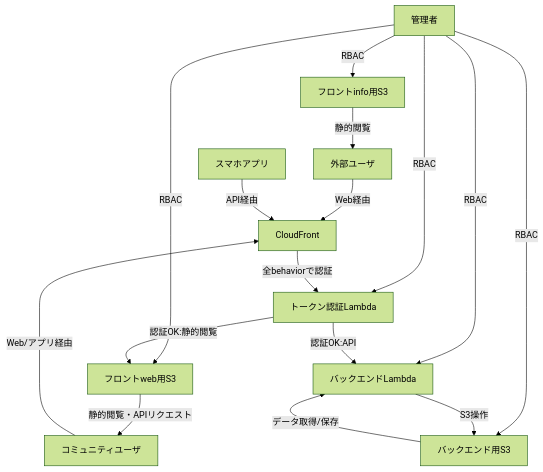
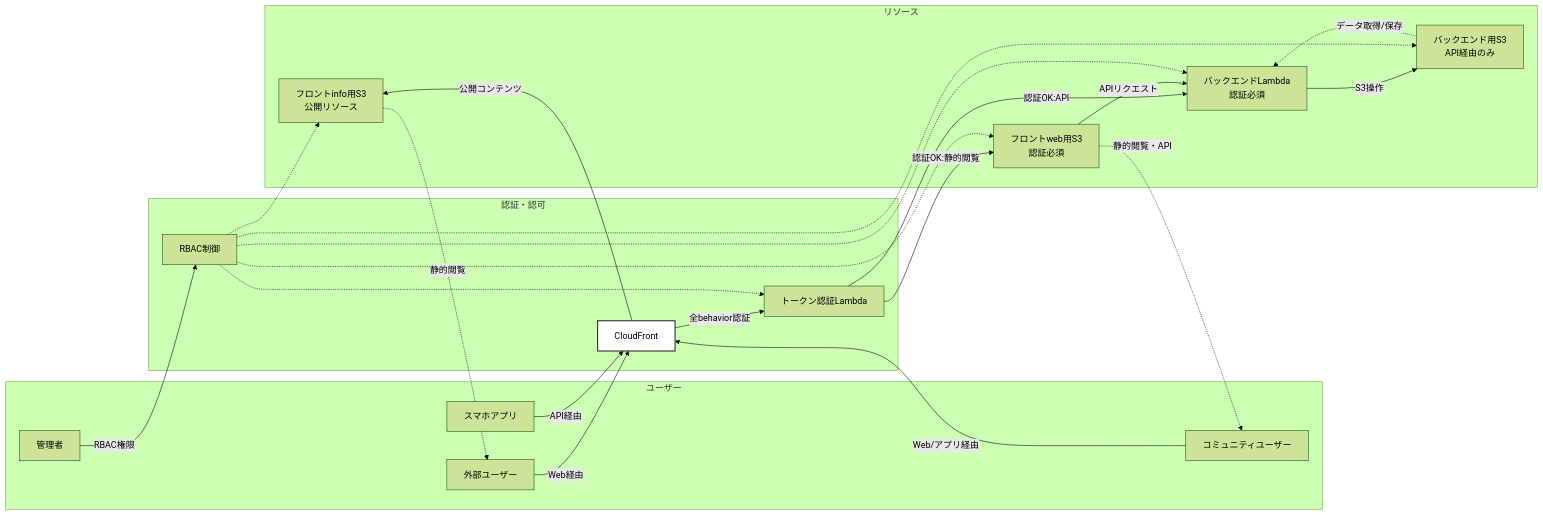
One commit to deidra-JP-windows/ris-infra-core changed the diagram in documents/systems/アクセスコントロール図.md. Above: the diagram before and after it, drawn with Mermaid (forest theme). The commit also changed other lines of this file and 4 other files, not shown here.

````diff
--- a/documents/systems/アクセスコントロール図.md
+++ b/documents/systems/アクセスコントロール図.md
@@ -1,18 +1,47 @@
 ```mermaid
-flowchart TD
-  Admin[管理者] -->|RBAC| S3_Info[フロントinfo用S3]
-  Admin -->|RBAC| S3_Front[フロントweb用S3]
-  Admin -->|RBAC| S3_Backend[バックエンド用S3]
-  Admin -->|RBAC| Lambda[バックエンドLambda]
-  Admin -->|RBAC| AuthLambda[トークン認証Lambda]
-  Member[コミュニティユーザ] -->|Web/アプリ経由| CloudFront
-  User[外部ユーザ] -->|Web経由| CloudFront
-  App[スマホアプリ] -->|API経由| CloudFront
-  CloudFront -->|全behaviorで認証| AuthLambda
+flowchart LR
+  subgraph users["ユーザー"]
+    Admin[管理者]
+    Member[コミュニティユーザー]
+    User[外部ユーザー]
+    App[スマホアプリ]
+  end
+  
+  subgraph auth["認証・認可"]
+    CloudFront[CloudFront]:::edge
+    AuthLambda[トークン認証Lambda]
+    RBAC[RBAC制御]
+  end
+  classDef edge fill:#fff,stroke:#333,stroke-width:2px;
+  
+  subgraph resources["リソース"]
+    S3_Info[フロントinfo用S3<br/>公開リソース]
+    S3_Front[フロントweb用S3<br/>認証必須]
+    S3_Backend[バックエンド用S3<br/>API経由のみ]
+    Lambda[バックエンドLambda<br/>認証必須]
+  end
+  
+  User -- Web経由 --> CloudFront
+  Member -- Web/アプリ経由 --> CloudFront
+  App -- API経由 --> CloudFront
+  Admin -- RBAC権限 --> RBAC
+  
+  CloudFront -- 全behavior認証 --> AuthLambda
+  CloudFront -- 公開コンテンツ --> S3_Info
+  
   AuthLambda -- 認証OK:静的閲覧 --> S3_Front
   AuthLambda -- 認証OK:API --> Lambda
-  Lambda -->|S3操作| S3_Backend
-  S3_Info -- 静的閲覧 --> User
-  S3_Front -- 静的閲覧・APIリクエスト --> Member
-  S3_Backend -- データ取得/保存 --> Lambda
+  
+  S3_Front -- APIリクエスト --> Lambda
+  Lambda -- S3操作 --> S3_Backend
+  
+  RBAC -.-> S3_Info
+  RBAC -.-> S3_Front
+  RBAC -.-> S3_Backend
+  RBAC -.-> Lambda
+  RBAC -.-> AuthLambda
+  
+  S3_Info -. 静的閲覧 .-> User
+  S3_Front -. 静的閲覧・API .-> Member
+  S3_Backend -. データ取得/保存 .-> Lambda
 ```
````
